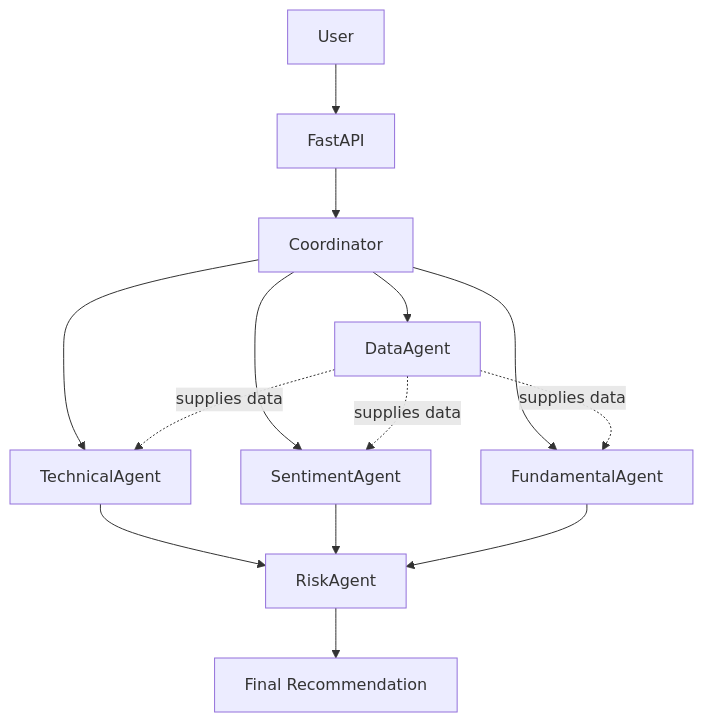
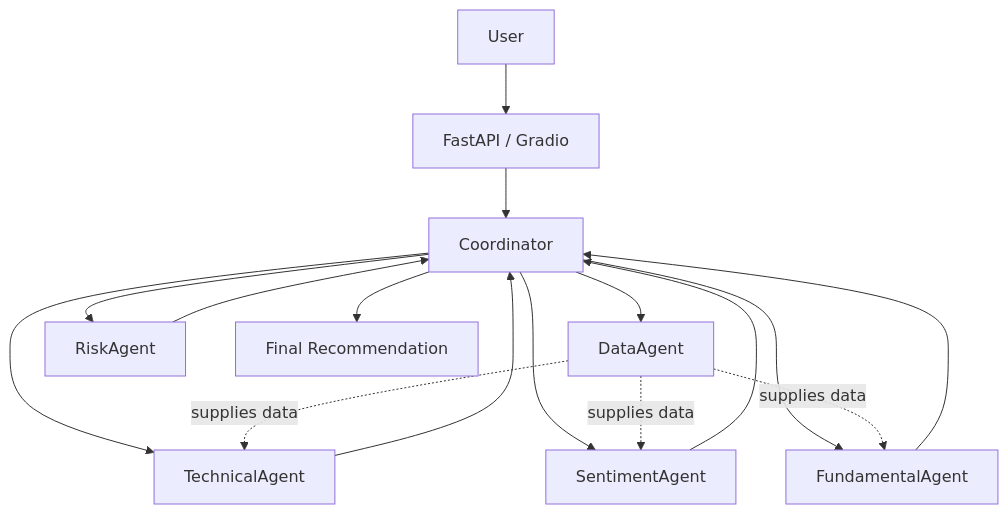
One commit to nandar-zaw/MarketMind changed the second of 2 diagrams in docs/ARCHITECTURE.md. Above: the diagram before and after it, drawn with Mermaid. The commit also changed other lines of this file and 6 other files, not shown here.

Commit message:
Sync docs with parallel specialists, Gradio UI, and current roadmap.

````diff
--- a/docs/ARCHITECTURE.md
+++ b/docs/ARCHITECTURE.md
@@ -101,16 +117,18 @@
 ```mermaid
 flowchart TD
-    User --> FastAPI
-    FastAPI --> Coordinator
+    User --> UI[FastAPI / Gradio]
+    UI --> Coordinator
     Coordinator --> DataAgent
     Coordinator --> TechnicalAgent
     Coordinator --> SentimentAgent
     Coordinator --> FundamentalAgent
     DataAgent -.->|supplies data| TechnicalAgent
     DataAgent -.->|supplies data| SentimentAgent
     DataAgent -.->|supplies data| FundamentalAgent
-    TechnicalAgent --> RiskAgent
-    SentimentAgent --> RiskAgent
-    FundamentalAgent --> RiskAgent
-    RiskAgent --> FinalRec[Final Recommendation]
+    TechnicalAgent --> Coordinator
+    SentimentAgent --> Coordinator
+    FundamentalAgent --> Coordinator
+    Coordinator --> RiskAgent
+    RiskAgent --> Coordinator
+    Coordinator --> FinalRec[Final Recommendation]
 ```
````
